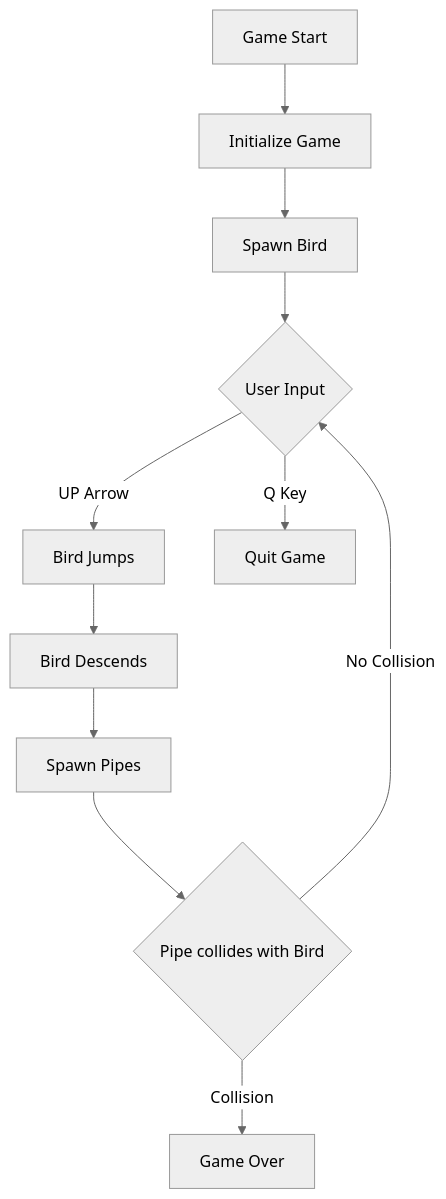
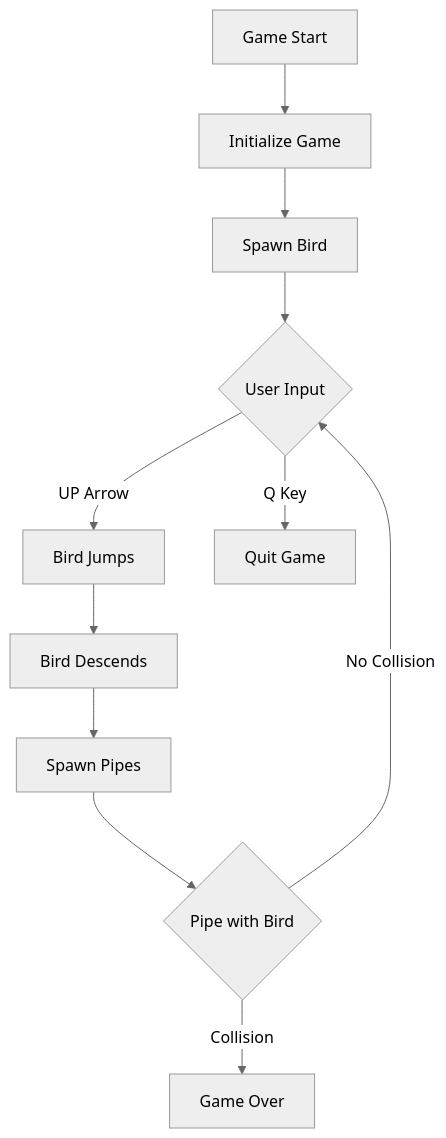
The diagram in README.md (R4F4I/ClappyBird), drawn with Mermaid (neutral theme) before and after one commit.

````diff
--- a/README.md
+++ b/README.md
@@ -49,13 +49,13 @@
 ```mermaid
 graph TD
     A[Game Start] --> B[Initialize Game]
     B --> C[Spawn Bird]
     C --> D{User Input}
     D -->|UP Arrow| E[Bird Jumps]
     D -->|Q Key| F[Quit Game]
     E --> G[Bird Descends]
     G --> H[Spawn Pipes]
-    H --> I{Pipe collides with Bird}
+    H --> I{Pipe with Bird}
     I -->|Collision| J[Game Over]
     I -->|No Collision| D
 ```
````
